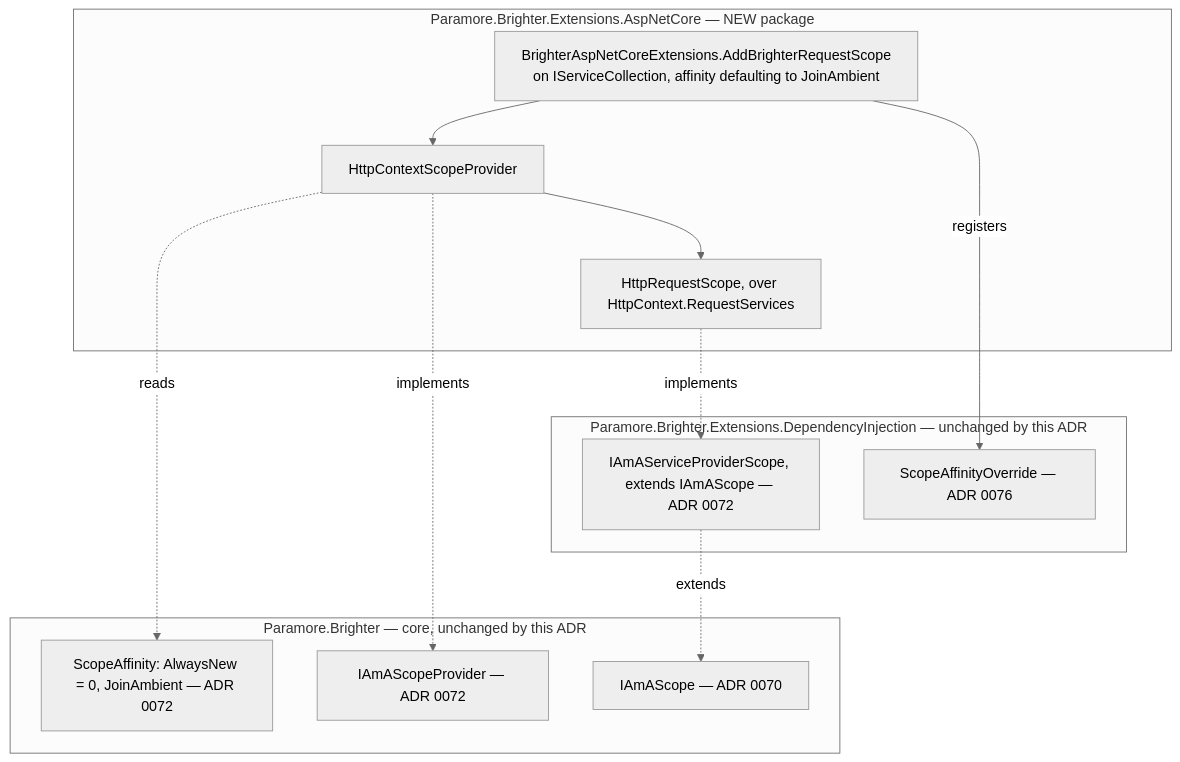
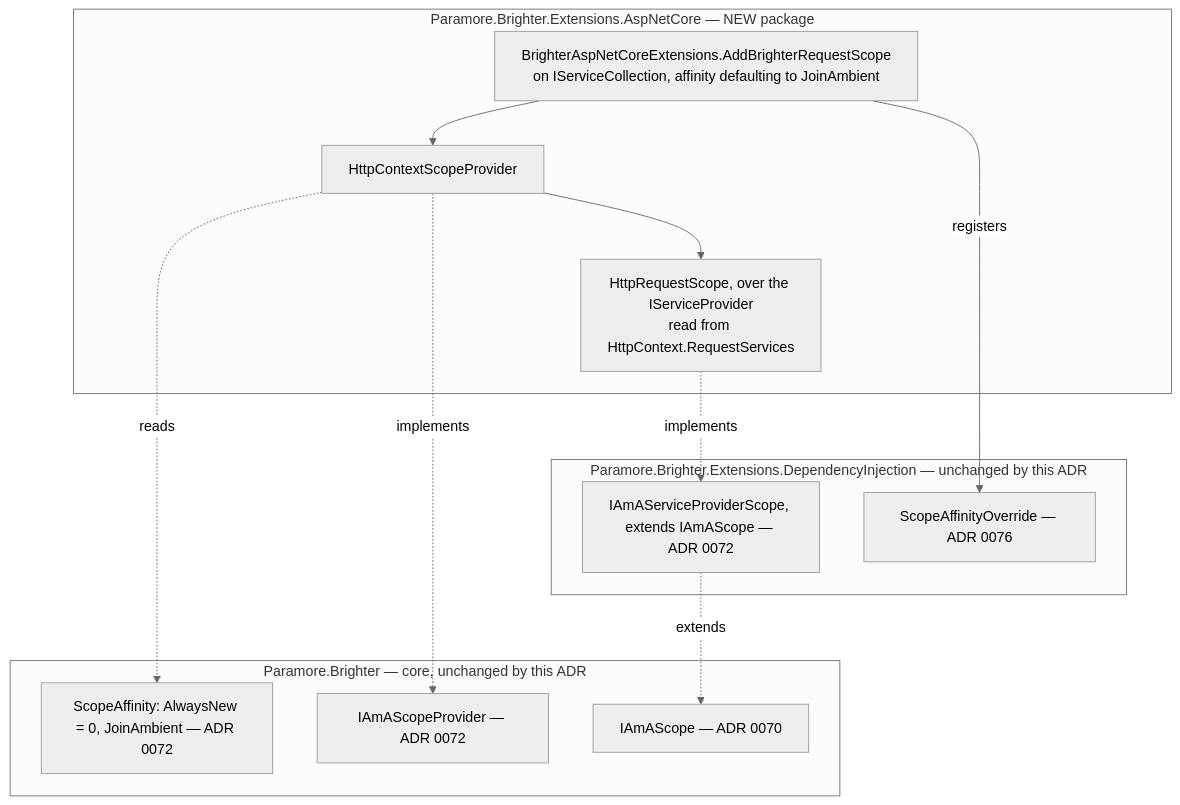
Before and after one commit to BrighterCommand/Brighter: the second of 2 diagrams in docs/adr/0073-aspnet-core-request-scope-package.md, drawn with Mermaid (neutral theme). The commit also changed other lines of this file and 1 other file, not shown here.

````diff
--- a/docs/adr/0073-aspnet-core-request-scope-package.md
+++ b/docs/adr/0073-aspnet-core-request-scope-package.md
@@ -120,27 +122,27 @@
 ```mermaid
 flowchart TB
     subgraph core["Paramore.Brighter — core, unchanged by this ADR"]
         affinity["ScopeAffinity: AlwaysNew = 0, JoinAmbient — ADR 0072"]
         provider["IAmAScopeProvider — ADR 0072"]
         scope["IAmAScope — ADR 0070"]
     end
 
     subgraph di["Paramore.Brighter.Extensions.DependencyInjection — unchanged by this ADR"]
         role["IAmAServiceProviderScope, extends IAmAScope — ADR 0072"]
         ovr["ScopeAffinityOverride — ADR 0076"]
     end
 
     subgraph aspnet["Paramore.Brighter.Extensions.AspNetCore — NEW package"]
         extn["BrighterAspNetCoreExtensions.AddBrighterRequestScope<br/>on IServiceCollection, affinity defaulting to JoinAmbient"]
         hcsp["HttpContextScopeProvider"]
-        hrs["HttpRequestScope, over HttpContext.RequestServices"]
+        hrs["HttpRequestScope, over the IServiceProvider<br/>read from HttpContext.RequestServices"]
         extn --> hcsp
         hcsp --> hrs
     end
 
     hcsp -. "implements" .-> provider
     hrs -. "implements" .-> role
     role -. "extends" .-> scope
     hcsp -. "reads" .-> affinity
     extn -- "registers" --> ovr
 ```
````
